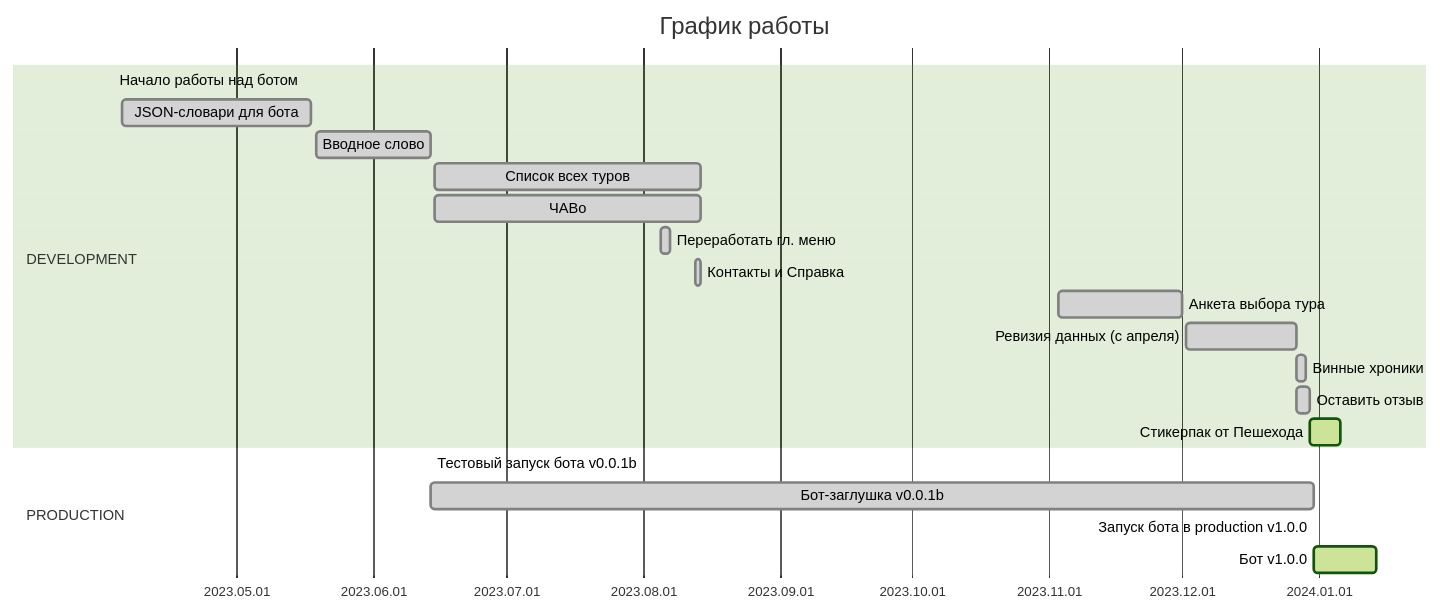
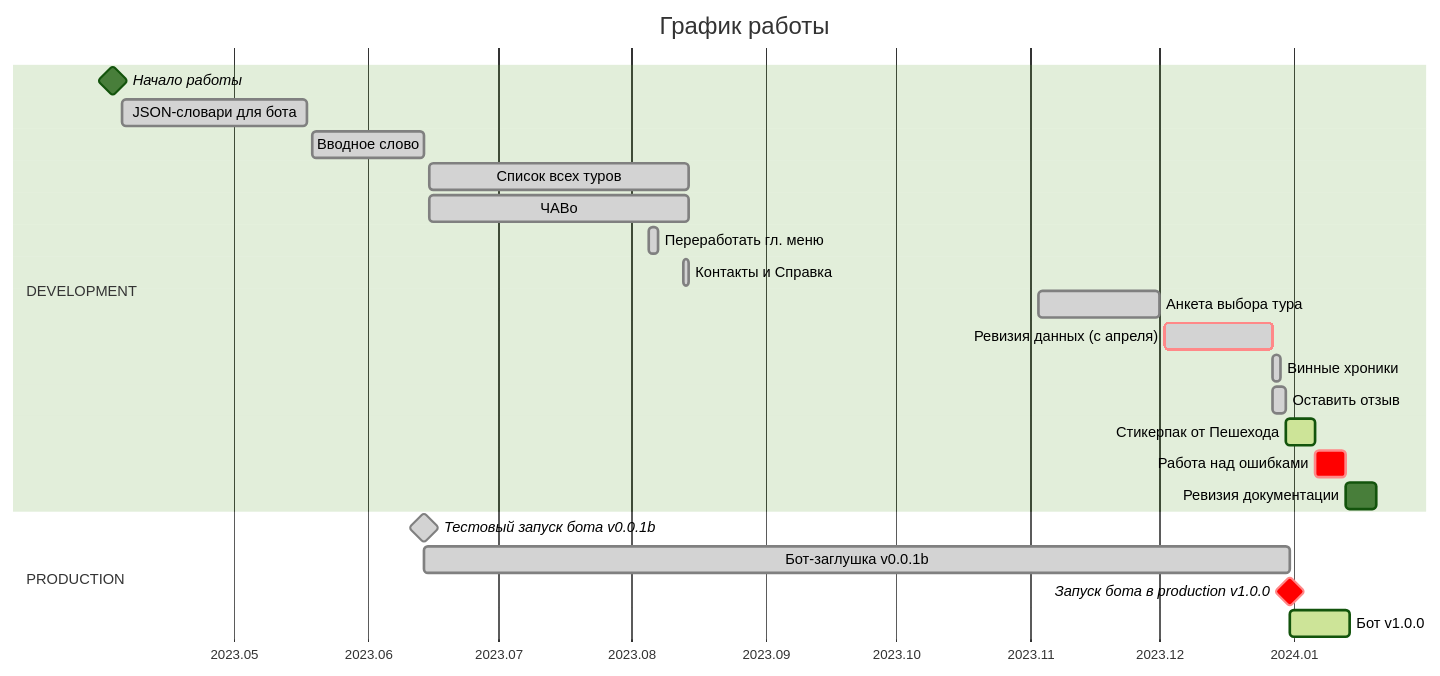
Before and after one commit to tropintropin/telegram_bot_peshehod_chat: the first of 2 diagrams in README.md, drawn with Mermaid (forest theme). The commit also changed other lines of this file, not shown here.

````diff
--- a/README.md
+++ b/README.md
@@ -52,25 +72,32 @@
 ```mermaid
 gantt
 title       График работы
 dateFormat  YYYY.MM.DD
-axisFormat  %Y.%m.%d
+axisFormat  %Y.%m
 excludes    
+todayMarker on
+
 section     DEVELOPMENT
-Начало работы над ботом         :mileston,      2023.04.03, 
-JSON-словари для бота           :done,      a0, 2023.04.05, 2023.05.18
-Вводное слово                   :done,      a1, 2023.05.19, 2023.06.14
-Список всех туров               :done,      a2, 2023.06.15, 60d
-ЧАВо                            :done,      a3, 2023.06.15, 60d
-Переработать гл. меню           :done,      a5, 2023.08.05, 2d
-Контакты и Справка              :done,      a6, 2023.08.13, 1d
-Анкета выбора тура              :done,      a7, 2023.11.03, 2023.12.01
-Ревизия данных (с апреля)       :done,      a8, 2023.12.02, 2023.12.27
-Винные хроники                  :done,      a9, 2023.12.27, 2d
-Оставить отзыв                  :done,      a10, 2023.12.27, 3d
-Стикерпак от Пешехода           :active,    a11, 2023.12.30, 1w
+
+Начало работы                       :milestone,             2023.04.03, 
+JSON-словари для бота               :done,          A0,     2023.04.05,     2023.05.18
+Вводное слово                       :done,          A1,     2023.05.19,     2023.06.14
+Список всех туров                   :done,          A2,     2023.06.15,     60d
+ЧАВо                                :done,          A3,     2023.06.15,     60d
+Переработать гл. меню               :done,          A5,     2023.08.05,     2d
+Контакты и Справка                  :done,          A6,     2023.08.13,     1d
+Анкета выбора тура                  :done,          A7,     2023.11.03,     2023.12.01
+Ревизия данных (с апреля)           :done, crit,    A8,     2023.12.02,     2023.12.27
+Винные хроники                      :done,          A9,     2023.12.27,     2d
+Оставить отзыв                      :done,          A10,    2023.12.27,     3d
+Стикерпак от Пешехода               :active,        A11,    2023.12.30,     1w
+Работа над ошибками                 :crit,          A12,    after A11,      1w
+Ревизия документации                :               A13,    after A12,      1w
+
 section     PRODUCTION
-Тестовый запуск бота v0.0.1b    :mileston,      2023.06.14,
-Бот-заглушка v0.0.1b            :done,    b0,   2023.06.14, 2023.12.31
-Запуск бота в production v1.0.0 :mileston,      2023.12.31,
-Бот v1.0.0                      :active,  b1,   2023.12.31, 2w
+
+Тестовый запуск бота v0.0.1b        :milestone, done,       2023.06.14,
+Бот-заглушка v0.0.1b                :done,          B0,     2023.06.14,     2023.12.31
+Запуск бота в production v1.0.0     :milestone, crit,       2023.12.31,
+Бот v1.0.0                          :active,        B1,     2023.12.31,     2w
 ```
````
